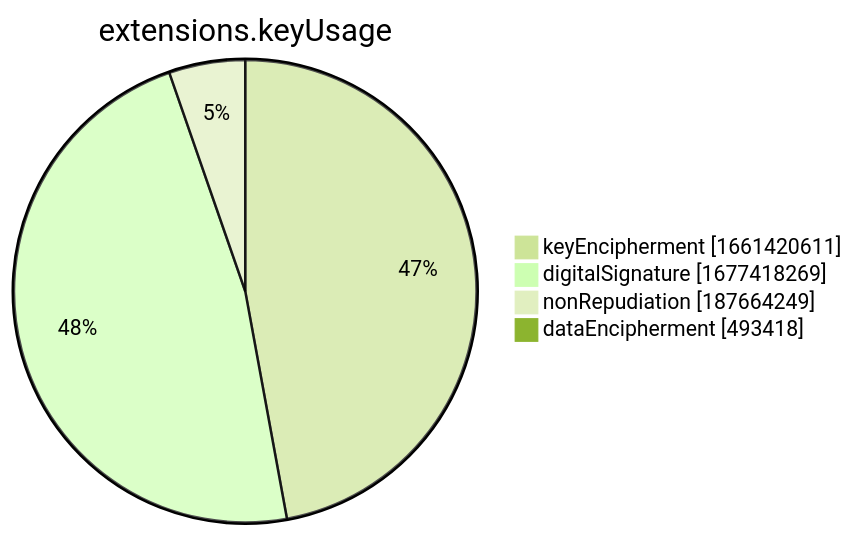
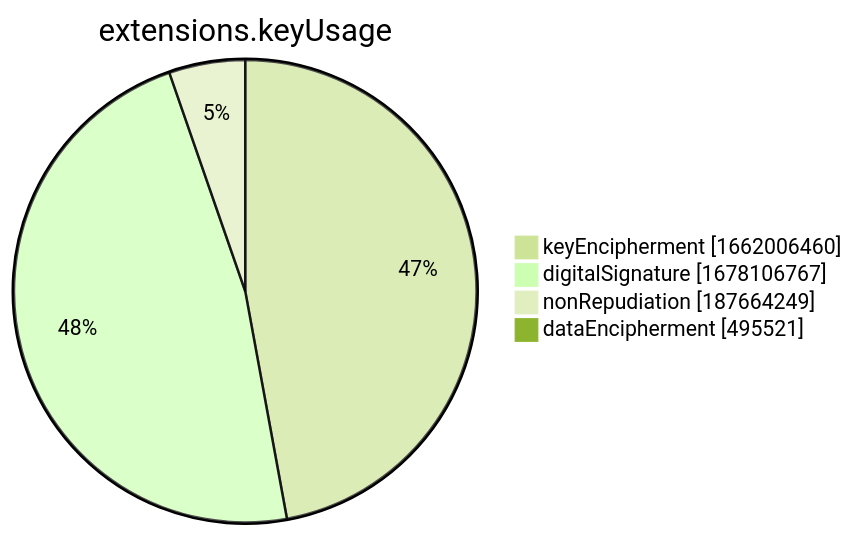
One commit to christiankrug/ctmonitor_visualization changed the seventh of 15 diagrams in xenon2022/README.md. Above: the diagram before and after it, drawn with Mermaid (forest theme). The commit also changed other lines of this file, not shown here.

````diff
--- a/xenon2022/README.md
+++ b/xenon2022/README.md
@@ -2857,8 +2857,8 @@
 ```mermaid
 pie showData
 title extensions.keyUsage
-"keyEncipherment" :1661420611
-"digitalSignature" :1677418269
+"keyEncipherment" :1662006460
+"digitalSignature" :1678106767
 "nonRepudiation" :187664249
-"dataEncipherment" :493418
+"dataEncipherment" :495521
 ```
````
